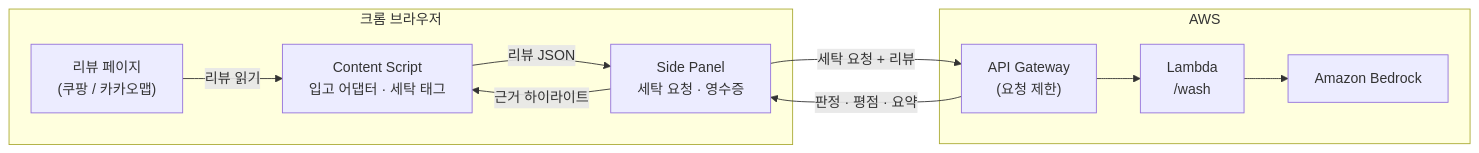
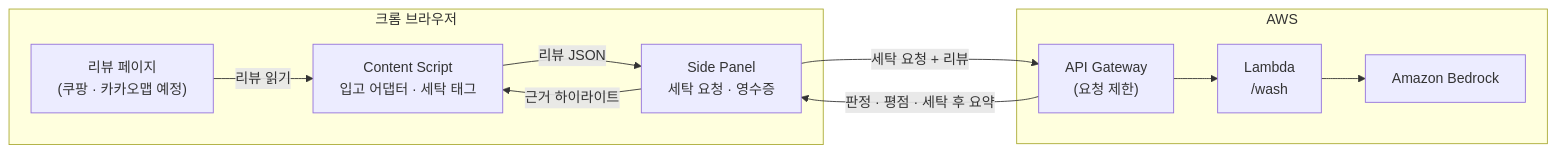
Before and after one commit to beblack127/GyuTam: the diagram in README.md, drawn with Mermaid. The commit also changed other lines of this file and 6 other files, not shown here.

````diff
--- a/README.md
+++ b/README.md
@@ -96,18 +100,18 @@
 ```mermaid
 flowchart LR
   subgraph Browser["크롬 브라우저"]
-    P["리뷰 페이지<br/>(쿠팡 / 카카오맵)"]
+    P["리뷰 페이지<br/>(쿠팡 · 카카오맵 예정)"]
     CS["Content Script<br/>입고 어댑터 · 세탁 태그"]
     SP["Side Panel<br/>세탁 요청 · 영수증"]
   end
   subgraph AWS["AWS"]
     GW["API Gateway<br/>(요청 제한)"]
     L["Lambda<br/>/wash"]
     BR["Amazon Bedrock"]
   end
   P -->|리뷰 읽기| CS
   CS -->|리뷰 JSON| SP
   SP -->|세탁 요청 + 리뷰| GW --> L --> BR
-  GW -->|판정 · 평점 · 요약| SP
+  GW -->|판정 · 평점 · 세탁 후 요약| SP
   SP -->|근거 하이라이트| CS
 ```
````
